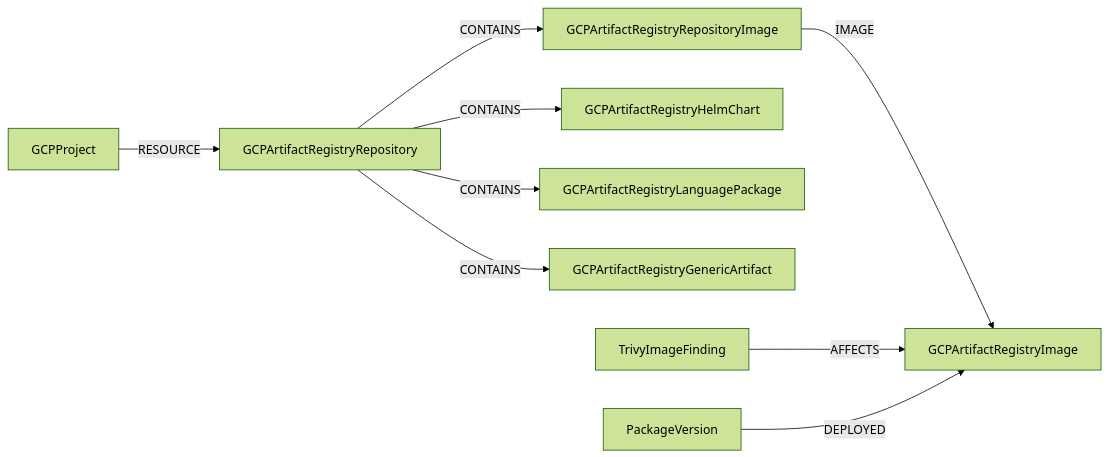
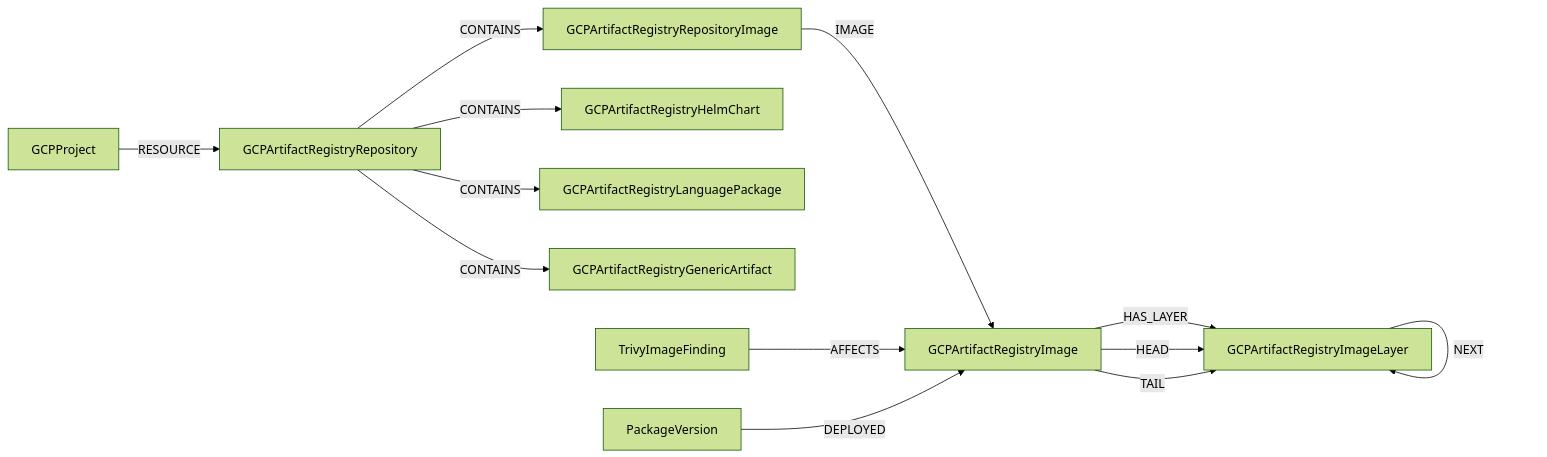
One commit to cartography-cncf/cartography changed the diagram in docs/root/modules/gcp/artifact-registry.md. Above: the diagram before and after it, drawn with Mermaid (forest theme). The commit also changed other lines of this file and 5 other files, not shown here.

````diff
--- a/docs/root/modules/gcp/artifact-registry.md
+++ b/docs/root/modules/gcp/artifact-registry.md
@@ -8,11 +8,15 @@
 ```mermaid
 graph LR
     Project[GCPProject] -->|RESOURCE| Repository[GCPArtifactRegistryRepository]
     Repository -->|CONTAINS| RepositoryImage[GCPArtifactRegistryRepositoryImage]
     Repository -->|CONTAINS| HelmChart[GCPArtifactRegistryHelmChart]
     Repository -->|CONTAINS| LanguagePackage[GCPArtifactRegistryLanguagePackage]
     Repository -->|CONTAINS| GenericArtifact[GCPArtifactRegistryGenericArtifact]
     RepositoryImage -->|IMAGE| Image[GCPArtifactRegistryImage]
+    Image -->|HAS_LAYER| Layer[GCPArtifactRegistryImageLayer]
+    Image -->|HEAD| Layer
+    Image -->|TAIL| Layer
+    Layer -->|NEXT| Layer
     TrivyFinding[TrivyImageFinding] -->|AFFECTS| Image
     PackageVersion[PackageVersion] -->|DEPLOYED| Image
 ```
````
